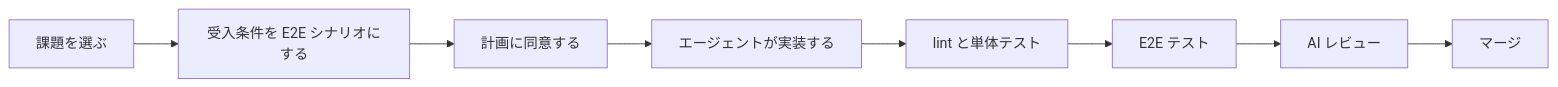
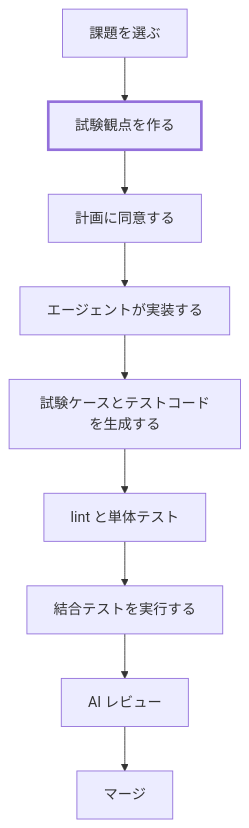
The second of 2 diagrams in docs-next/docs/operations/playwright-adoption.md (CHS-Training-Org/ai_training_for_chuo_system), drawn with Mermaid before and after one commit. The commit also changed other lines of this file, not shown here.

````diff
--- a/docs-next/docs/operations/playwright-adoption.md
+++ b/docs-next/docs/operations/playwright-adoption.md
@@ -119,10 +128,12 @@
 ```mermaid
-flowchart LR
-  A["課題を選ぶ"] --> B["受入条件を E2E シナリオにする"]
+flowchart TB
+  A["課題を選ぶ"] --> B["試験観点を作る"]
   B --> C["計画に同意する"]
   C --> D["エージェントが実装する"]
-  D --> E["lint と単体テスト"]
-  E --> F["E2E テスト"]
-  F --> G["AI レビュー"]
-  G --> H["マージ"]
+  D --> E["試験ケースとテストコードを生成する"]
+  E --> F["lint と単体テスト"]
+  F --> G["結合テストを実行する"]
+  G --> H["AI レビュー"]
+  H --> I["マージ"]
+  style B stroke-width: 3px
 ```
````
